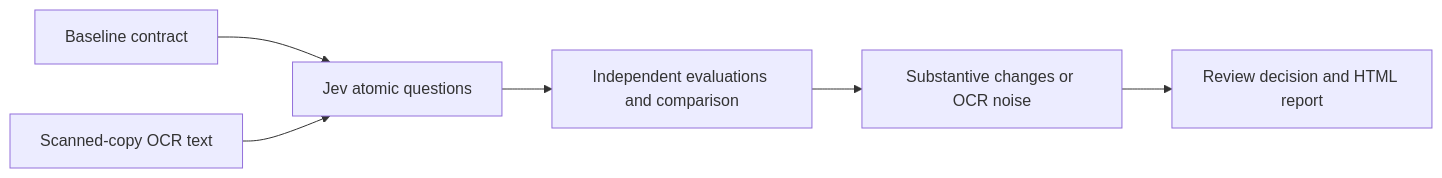
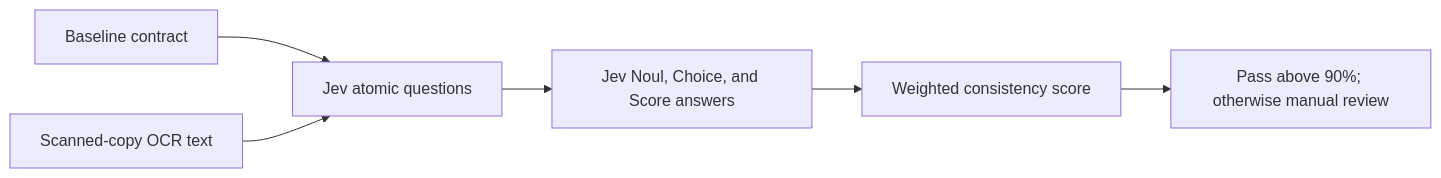
One commit to neozhu/jev-audit changed the diagram in README.md. Above: the diagram before and after it, drawn with Mermaid. The commit also changed other lines of this file and 12 other files, not shown here.

````diff
--- a/README.md
+++ b/README.md
@@ -70,8 +69,8 @@
 ```mermaid
 flowchart LR
     A[Baseline contract] --> C[Jev atomic questions]
     B[Scanned-copy OCR text] --> C
-    C --> D[Independent evaluations and comparison]
-    D --> E[Substantive changes or OCR noise]
-    E --> F[Review decision and HTML report]
+    C --> D[Jev Noul, Choice, and Score answers]
+    D --> E[Weighted consistency score]
+    E --> F[Pass above 90%; otherwise manual review]
 ```
````
